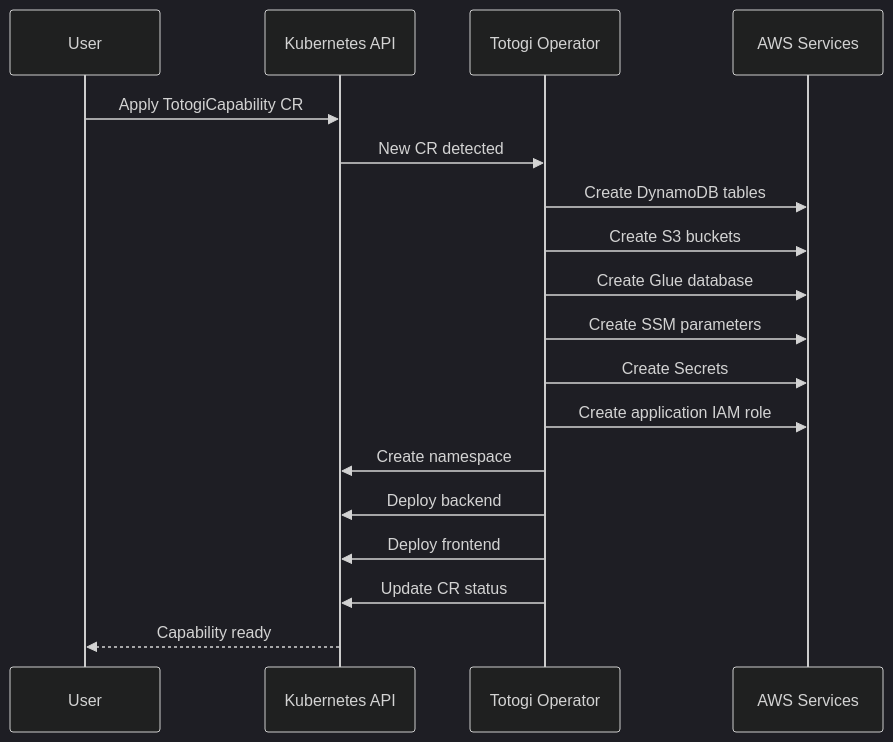
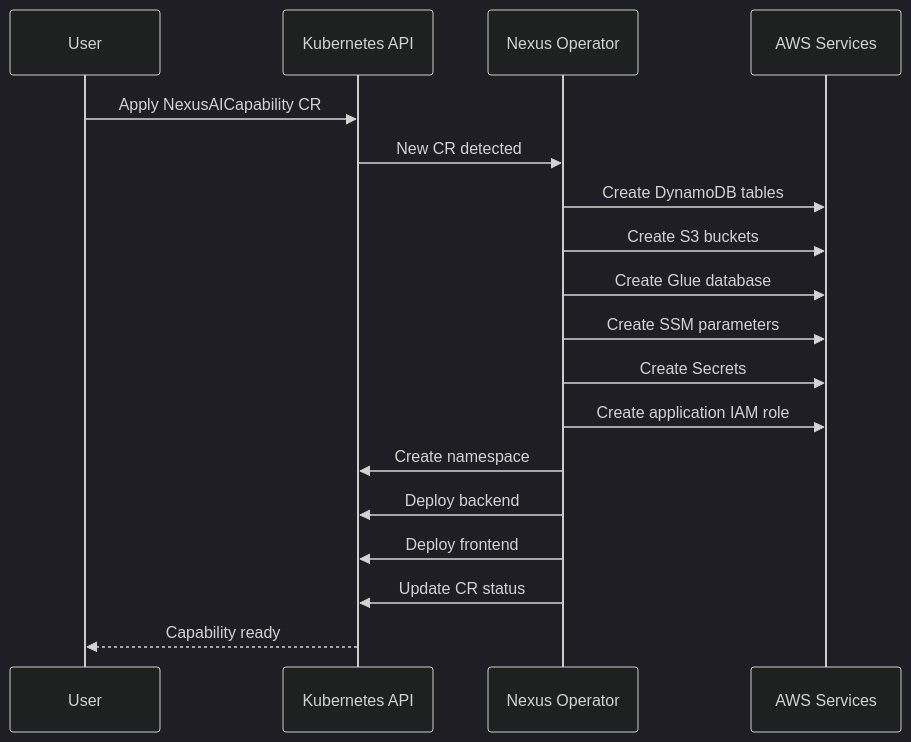
The second of 4 diagrams in docs/operational/kubernetes-operator/architecture.md (nexusdataai/nexus-docs), drawn with Mermaid (dark theme) before and after one commit. The commit also changed other lines of this file and 263 other files, not shown here.

First line of the commit message:
Rebrand documentation from Totogi CallSense to NexusAI Data Platform

````diff
--- a/docs/operational/kubernetes-operator/architecture.md
+++ b/docs/operational/kubernetes-operator/architecture.md
@@ -98,21 +98,21 @@
 ```mermaid
 sequenceDiagram
     participant User
     participant K8s as Kubernetes API
-    participant Op as Totogi Operator
+    participant Op as Nexus Operator
     participant AWS as AWS Services
 
-    User->>K8s: Apply TotogiCapability CR
+    User->>K8s: Apply NexusAICapability CR
     K8s->>Op: New CR detected
     Op->>AWS: Create DynamoDB tables
     Op->>AWS: Create S3 buckets
     Op->>AWS: Create Glue database
     Op->>AWS: Create SSM parameters
     Op->>AWS: Create Secrets
     Op->>AWS: Create application IAM role
     Op->>K8s: Create namespace
     Op->>K8s: Deploy backend
     Op->>K8s: Deploy frontend
     Op->>K8s: Update CR status
     K8s-->>User: Capability ready
 ```
````
